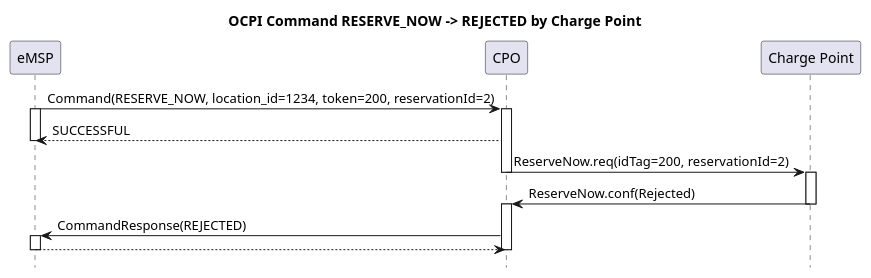
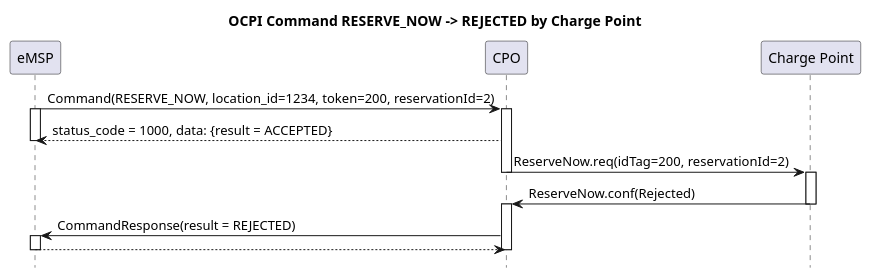
The diagram in plantuml/command_reservenow_rejected.plantuml (ocpi/ocpi), drawn with PlantUML before and after one commit. The commit also changed 9 other files, not shown here.

```diff
--- a/plantuml/command_reservenow_rejected.plantuml
+++ b/plantuml/command_reservenow_rejected.plantuml
@@ -1,27 +1,27 @@
 @startuml
 title OCPI Command RESERVE_NOW -> REJECTED by Charge Point
 hide footbox
 
 participant eMSP
 participant CPO
 participant "Charge Point" as CP
 
 eMSP ->  CPO:  Command(RESERVE_NOW, location_id=1234, token=200, reservationId=2)
 activate eMSP
 activate CPO
-CPO  --> eMSP: SUCCESSFUL
+CPO  --> eMSP: status_code = 1000, data: {result = ACCEPTED}
 deactivate eMSP
 
 CPO  ->  CP:   ReserveNow.req(idTag=200, reservationId=2)
 deactivate CPO
 activate CP
 CP   ->  CPO:  ReserveNow.conf(Rejected)
 deactivate CP
 activate CPO
-CPO  ->  eMSP: CommandResponse(REJECTED)
+CPO  ->  eMSP: CommandResponse(result = REJECTED)
 activate eMSP
 eMSP --> CPO: 
 deactivate CPO
 deactivate eMSP
 
 @enduml
```
